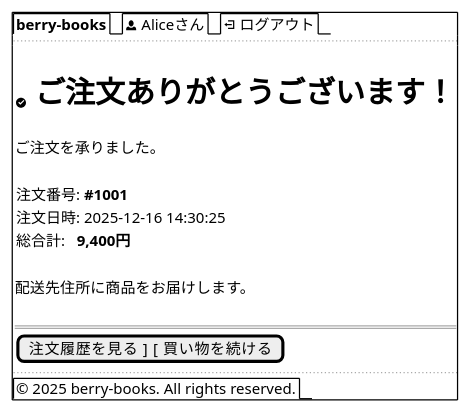
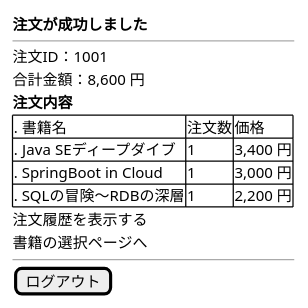
The second of 3 diagrams in projects/java/berry-books-mvc-sdd/specs/baseline/features/F_003_order_processing/screen_design.md (KenyaSaitoh/ai_dev_training_202512), drawn with PlantUML before and after one commit. The commit also changed other lines of this file and 99 other files, not shown here.

````diff
--- a/projects/java/berry-books-mvc-sdd/specs/baseline/features/F_003_order_processing/screen_design.md
+++ b/projects/java/berry-books-mvc-sdd/specs/baseline/features/F_003_order_processing/screen_design.md
@@ -105,27 +86,22 @@
 ```plantuml
 @startsalt
-{+
-  {/ <b>berry-books</b> | <&person> Aliceさん | <&account-logout> ログアウト }
-  ..
-  {
-    .
-    <&circle-check><size:24> <b>ご注文ありがとうございます！</b>
-    .
-    ご注文を承りました。
-    .
-    {
-      注文番号: <b>#1001</b>
-      注文日時: 2025-12-16 14:30:25
-      総合計:   <b>9,400円</b>
-    }
-    .
-    配送先住所に商品をお届けします。
-    .
-    ==
-    [  注文履歴を見る  ]  [  買い物を続ける  ]
+{
+  <b>注文が成功しました</b>
+  --
+  注文ID：1001
+  合計金額：8,600 円
+  
+  <b>注文内容</b>
+  {#
+    . 書籍名                  | 注文数 | 価格
+    . Java SEディープダイブ    | 1     | 3,400 円
+    . SpringBoot in Cloud    | 1     | 3,000 円
+    . SQLの冒険～RDBの深層     | 1     | 2,200 円
   }
-  ..
-  {/ © 2025 berry-books. All rights reserved. }
+  注文履歴を表示する
+  書籍の選択ページへ
+  --
+  [  ログアウト  ]
 }
 @endsalt
 ```
````
